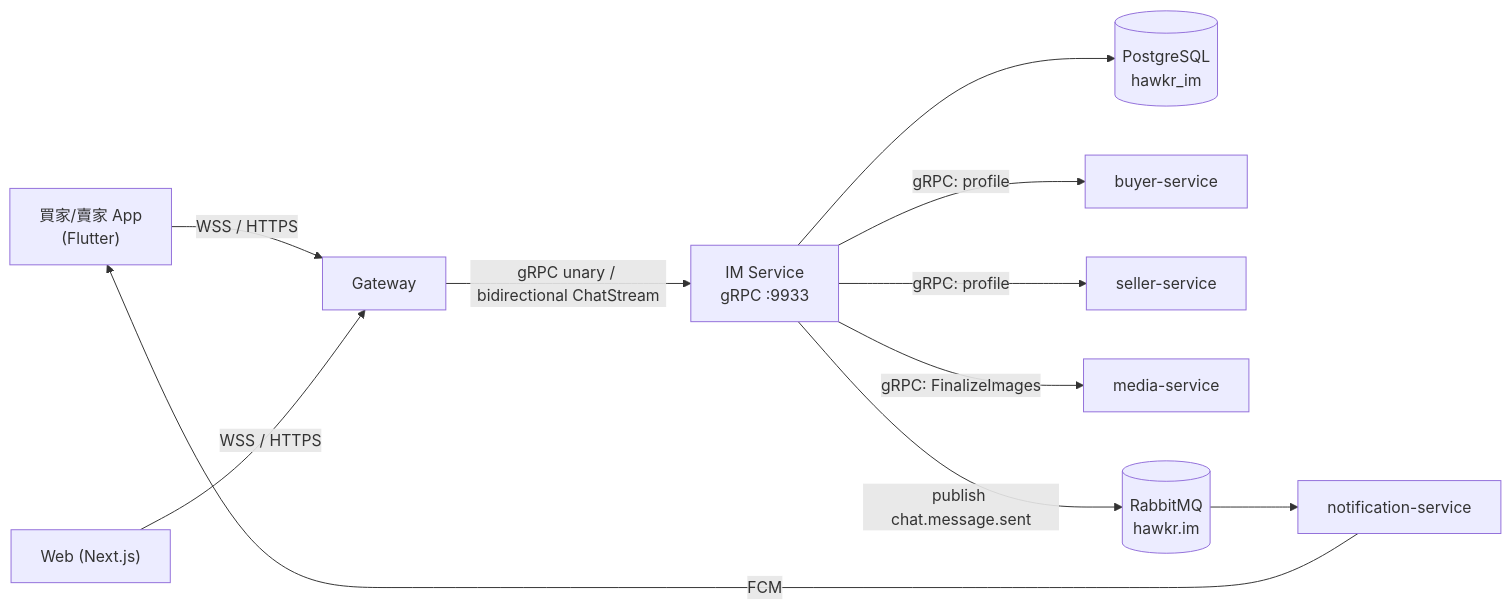
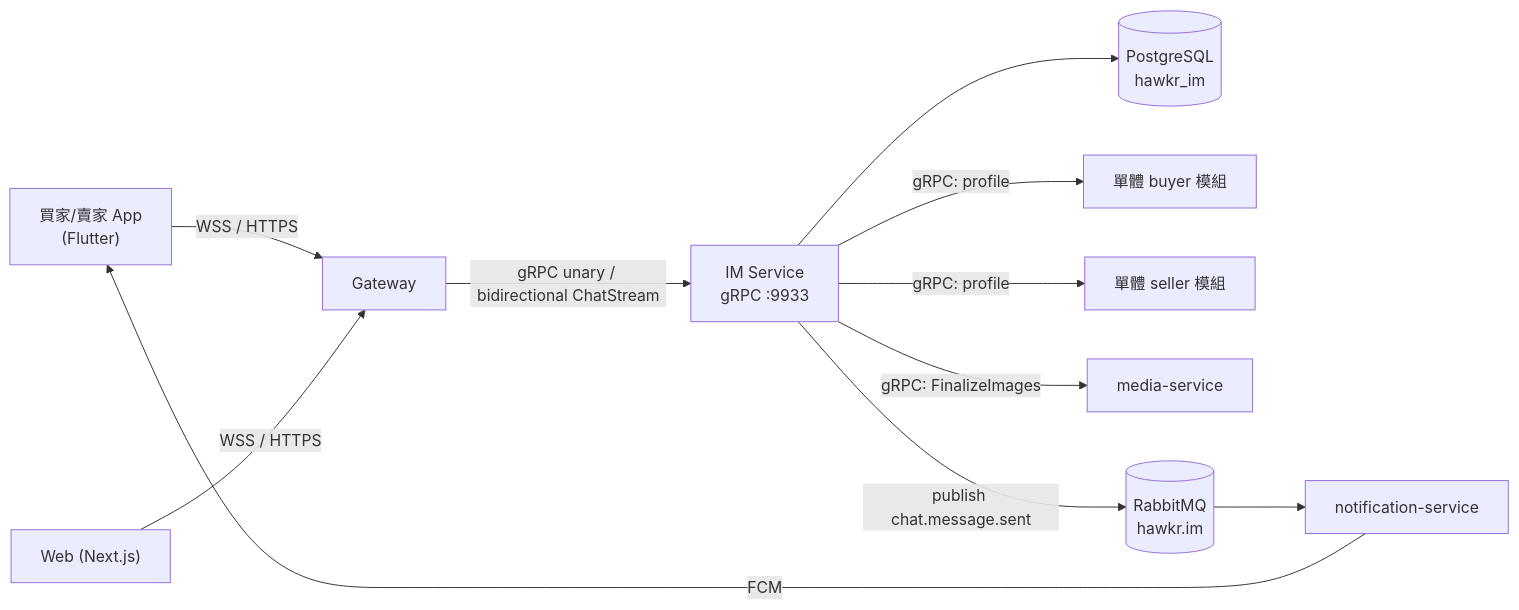
Before and after one commit to Will413028/hawkr: the first of 4 diagrams in backend/docs/詳細設計書/14-即時通訊微服務（IM Service）詳細設計書.md, drawn with Mermaid. The commit also changed other lines of this file and 24 other files, not shown here.

````diff
--- a/backend/docs/詳細設計書/14-即時通訊微服務（IM Service）詳細設計書.md
+++ b/backend/docs/詳細設計書/14-即時通訊微服務（IM Service）詳細設計書.md
@@ -45,12 +45,12 @@
 ```mermaid
 flowchart LR
   App["買家/賣家 App<br/>(Flutter)"] -->|WSS / HTTPS| GW[Gateway]
   Web["Web (Next.js)"] -->|WSS / HTTPS| GW
   GW -->|"gRPC unary / bidirectional ChatStream"| IM[IM Service<br/>gRPC :9933]
   IM --> PG[("PostgreSQL<br/>hawkr_im")]
-  IM -->|"gRPC: profile"| BUY[buyer-service]
-  IM -->|"gRPC: profile"| SEL[seller-service]
+  IM -->|"gRPC: profile"| BUY[單體 buyer 模組]
+  IM -->|"gRPC: profile"| SEL[單體 seller 模組]
   IM -->|"gRPC: FinalizeImages"| MED[media-service]
   IM -->|"publish chat.message.sent"| MQ[(RabbitMQ<br/>hawkr.im)]
   MQ --> NOTIF[notification-service] -->|FCM| App
 ```
````
